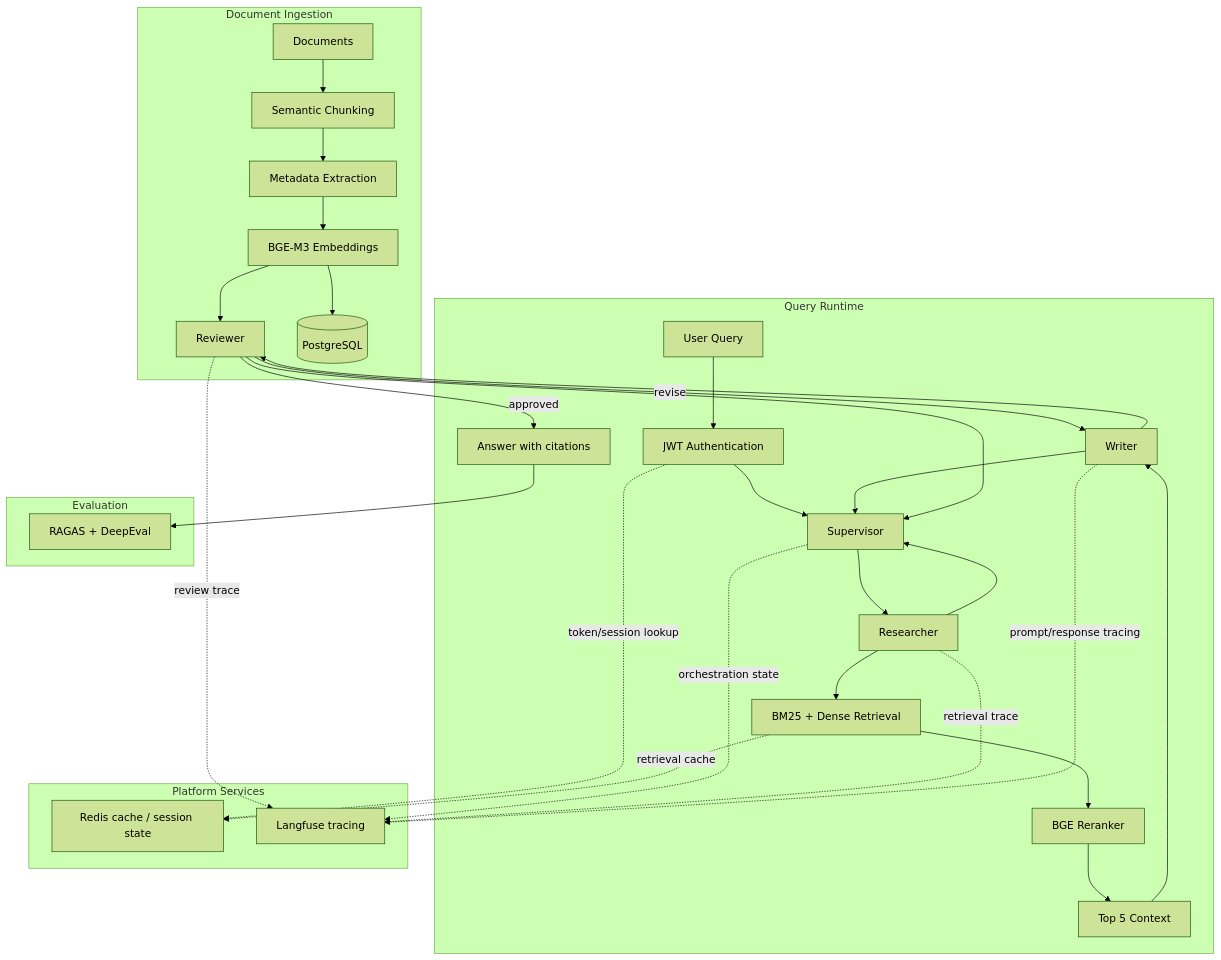
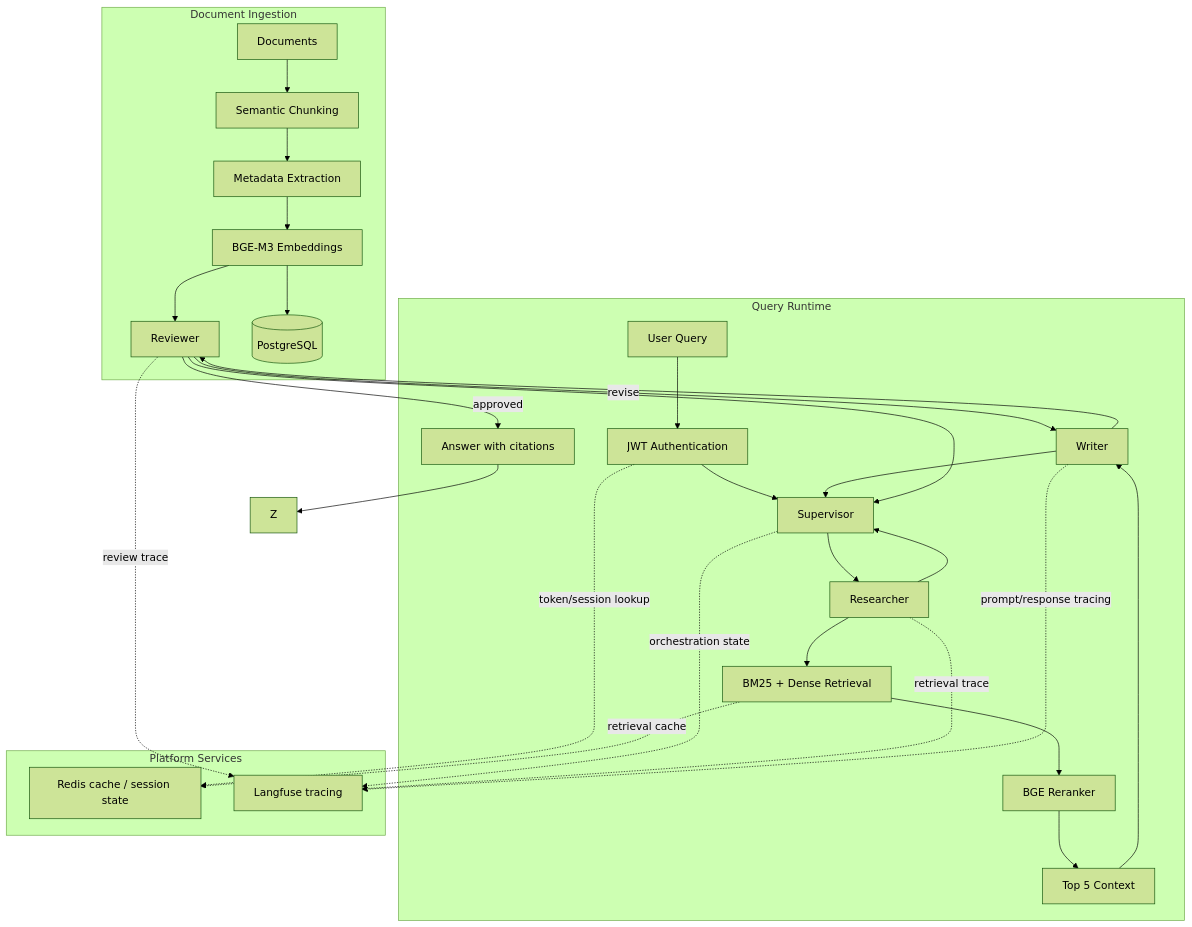
Before and after one commit to mfeyiz/RAG-LangChain: the diagram in README.md, drawn with Mermaid (forest theme). The commit also changed other lines of this file and 25 other files, not shown here.

````diff
--- a/README.md
+++ b/README.md
@@ -7,43 +7,39 @@
 ```mermaid
 flowchart TD
     subgraph Ingestion[Document Ingestion]
         D[Documents] --> C[Semantic Chunking]
         C --> M[Metadata Extraction]
         M --> E[BGE-M3 Embeddings]
         E --> V[pgvector rag_chunks + corpus.jsonl]
         E --> P[(PostgreSQL)]
     end
 
     subgraph Runtime[Query Runtime]
         U[User Query] --> J[JWT Authentication]
         J --> S[Supervisor]
         S --> R[Researcher]
         R --> H[BM25 + Dense Retrieval]
         H --> K[BGE Reranker]
         K --> L[Top 5 Context]
         L --> W[Writer]
         W --> V[Reviewer]
         V -->|approved| A[Answer with citations]
         V -->|revise| W
         R --> S
         W --> S
         V --> S
     end
 
     subgraph Platform[Platform Services]
         X[Redis cache / session state]
         Y[Langfuse tracing]
     end
 
-    subgraph Evaluation[Evaluation]
-        Z[RAGAS + DeepEval]
-    end
-
     J -. token/session lookup .-> X
     S -. orchestration state .-> Y
     R -. retrieval trace .-> Y
     H -. retrieval cache .-> X
     W -. prompt/response tracing .-> Y
     V -. review trace .-> Y
     A --> Z
 ```
````
